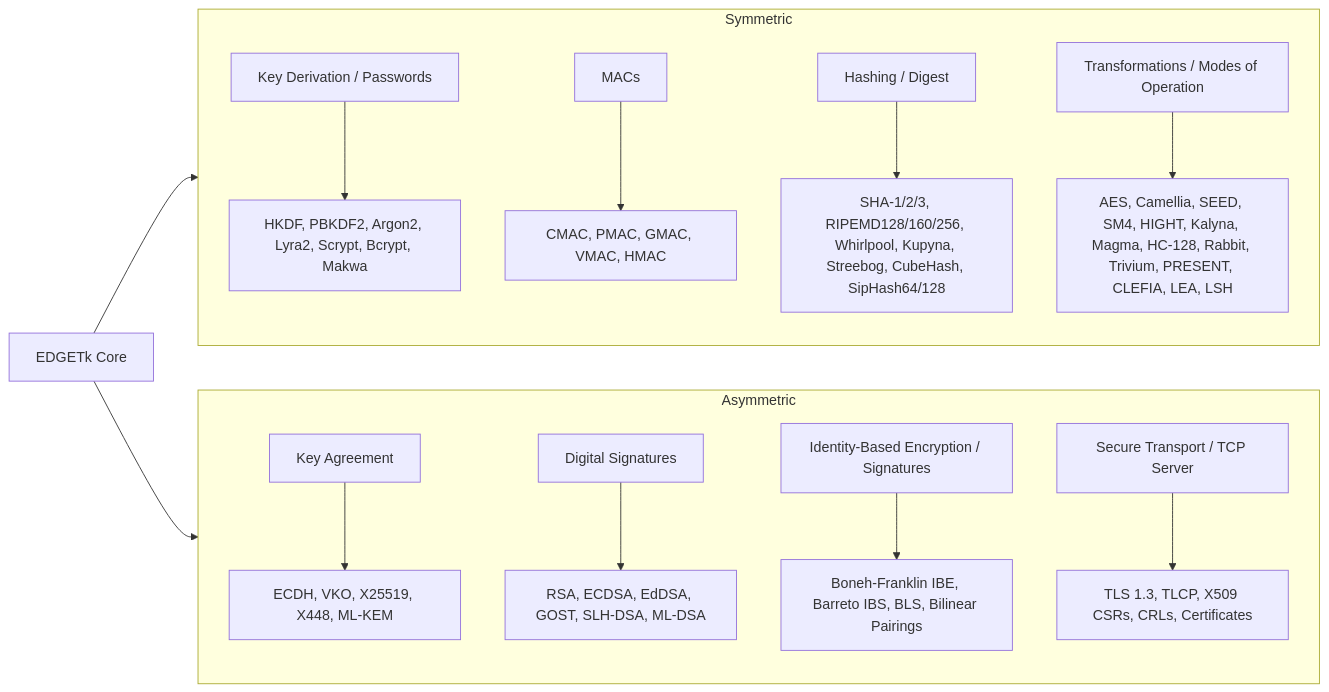
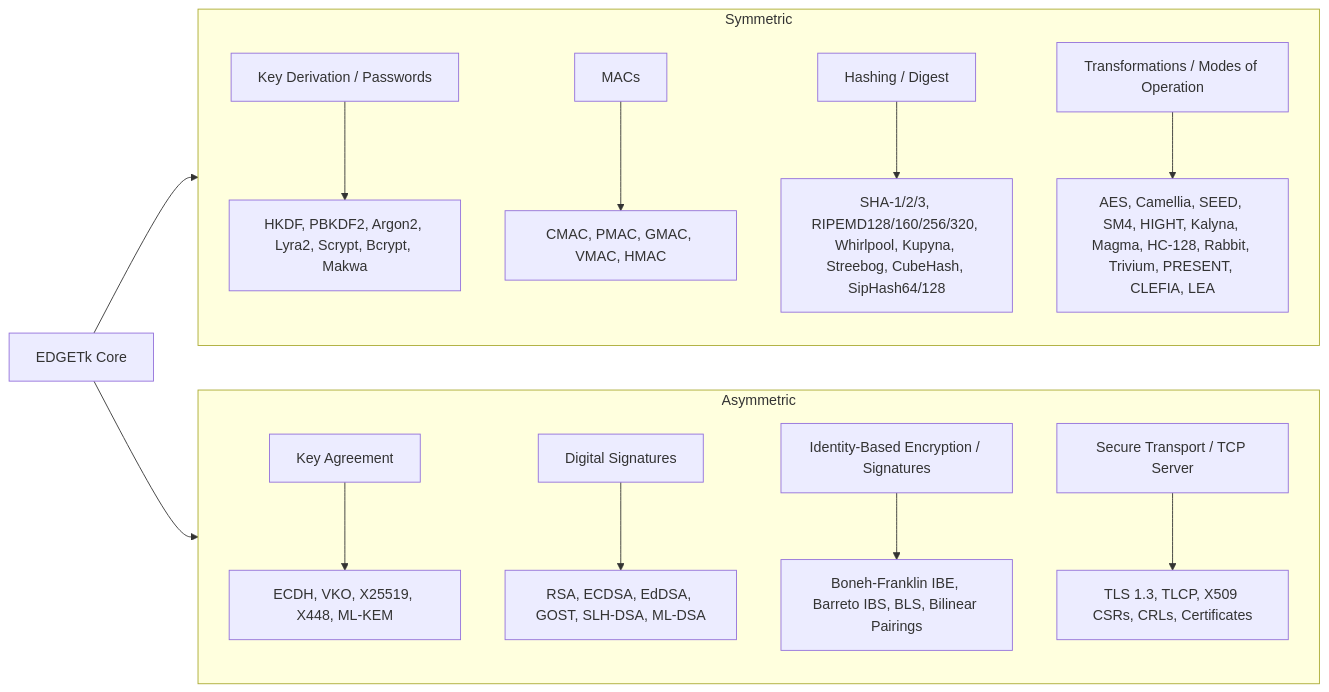
The first of 3 diagrams in README.md (pedroalbanese/edgetk), drawn with Mermaid before and after one commit.

Commit message:
EDGETk Architecture

````diff
--- a/README.md
+++ b/README.md
@@ -209,36 +209,36 @@
 ```mermaid
 %% EDGETk Architecture - Core on the left, Symmetric above Asymmetric
 graph LR
     A[EDGETk Core]
 
     %% Subgraphs for vertical stacking
     subgraph SymmetricModules[Symmetric]
         direction TB
         B[Key Derivation / Passwords]
         C[MACs]
         D[Hashing / Digest]
         E[Transformations / Modes of Operation]
 
         B --> B1[HKDF, PBKDF2, Argon2, Lyra2, Scrypt, Bcrypt, Makwa]
         C --> C1[CMAC, PMAC, GMAC, VMAC, HMAC]
-        D --> D1[SHA-1/2/3, RIPEMD128/160/256, Whirlpool, Kupyna, Streebog, CubeHash, SipHash64/128]
-        E --> E1[AES, Camellia, SEED, SM4, HIGHT, Kalyna, Magma, HC-128, Rabbit, Trivium, PRESENT, CLEFIA, LEA, LSH]
+        D --> D1[SHA-1/2/3, RIPEMD128/160/256/320, Whirlpool, Kupyna, Streebog, CubeHash, SipHash64/128]
+        E --> E1[AES, Camellia, SEED, SM4, HIGHT, Kalyna, Magma, HC-128, Rabbit, Trivium, PRESENT, CLEFIA, LEA]
     end
 
     subgraph AsymmetricModules[Asymmetric]
         direction TB
         F[Key Agreement]
         G[Digital Signatures]
         H[Identity-Based Encryption / Signatures]
         I[Secure Transport / TCP Server]
 
         F --> F1[ECDH, VKO, X25519, X448, ML-KEM]
         G --> G1[RSA, ECDSA, EdDSA, GOST, SLH-DSA, ML-DSA]
         H --> H1[Boneh-Franklin IBE, Barreto IBS, BLS, Bilinear Pairings]
         I --> I1[TLS 1.3, TLCP, X509 CSRs, CRLs, Certificates]
     end
 
     %% Connect Core to top-level Symmetric and Asymmetric
     A --> SymmetricModules
     A --> AsymmetricModules
 ```
````
